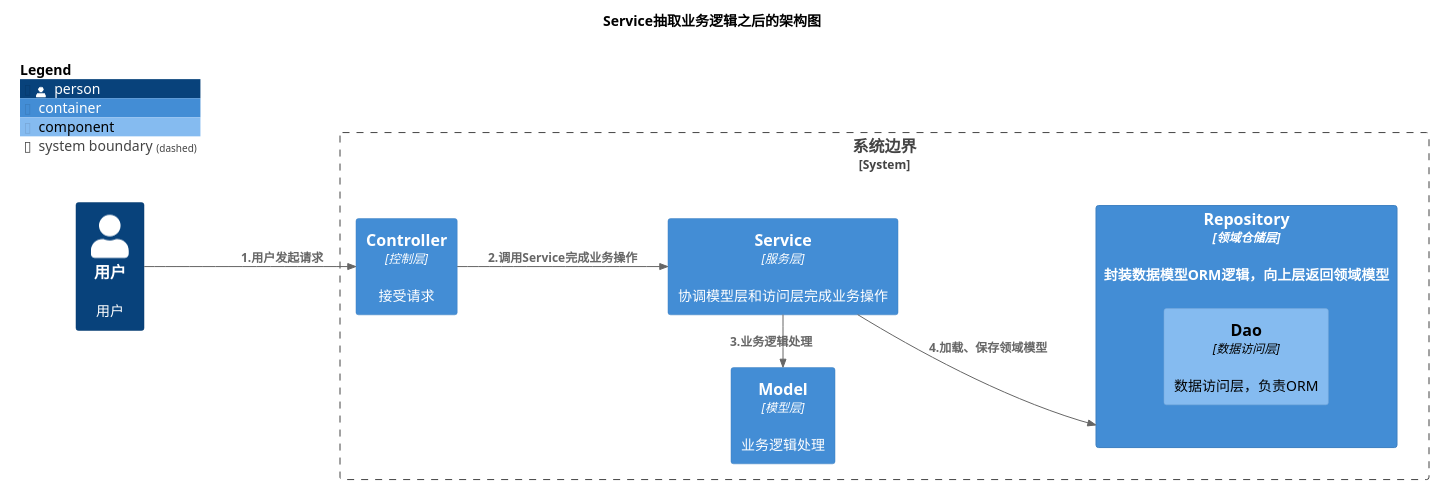
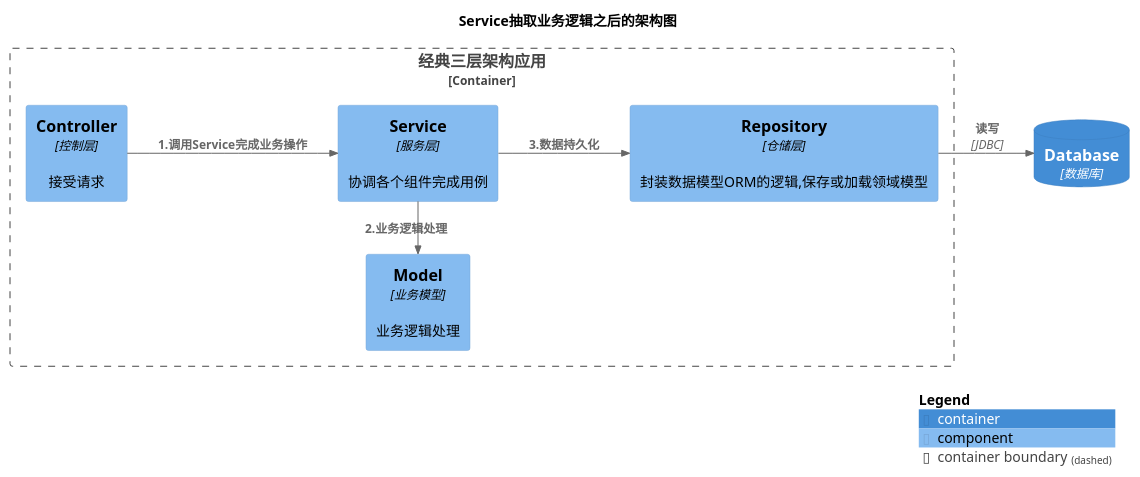
The diagram in plantuml/ct.003.puml (feiniaojin/Thinking-in-DDD), drawn with PlantUML before and after one commit. The commit also changed 17 other files, not shown here.

```diff
--- a/plantuml/ct.003.puml
+++ b/plantuml/ct.003.puml
@@ -1,31 +1,28 @@
 @startuml
 
 !include https://gitee.com/igingo/C4-PlantUML/raw/master/C4_Context.puml
 !include https://gitee.com/igingo/C4-PlantUML/raw/master/C4_Container.puml
 !include https://gitee.com/igingo/C4-PlantUML/raw/master/C4_Component.puml
 
 title "Service抽取业务逻辑之后的架构图"
 
-Person(P_User, "用户","用户")
-
-System_Boundary(SB_APP, "系统边界"){
-    Container(C_Controller, "Controller", "控制层","接受请求")
-    Container(C_Service, "Service","服务层", "协调模型层和访问层完成业务操作")
-    Container(C_Model, "Model","模型层", "业务逻辑处理")
-    Container(C_Repository, "Repository","领域仓储层", "封装数据模型ORM逻辑，向上层返回领域模型"){
-        Component(C_Dao, "Dao","数据访问层", "数据访问层，负责ORM")
-    }
-
+Container_Boundary(CB_APP, "经典三层架构应用"){
+    Component(C_Controller, "Controller","控制层", "接受请求")
+    Component(C_Service, "Service", "服务层","协调各个组件完成用例")
+    Component(C_Repostiry, "Repository", "仓储层","封装数据模型ORM的逻辑,保存或加载领域模型")
+    Component(C_Model, "Model","业务模型", "业务逻辑处理")
 }
 
-Rel(P_User, C_Controller, "1.用户发起请求")
-Rel(C_Controller, C_Service, "2.调用Service完成业务操作")
-Rel_L(C_Service, C_Model, "3.业务逻辑处理")
-Rel(C_Service, C_Repository, "4.加载、保存领域模型")
+ContainerDb(CDB, "Database", "数据库")
 
-LAYOUT_LANDSCAPE()
+Rel(C_Controller, C_Service, "1.调用Service完成业务操作")
+Rel_L(C_Service, C_Model, "2.业务逻辑处理")
+Rel(C_Service, C_Repostiry, "3.数据持久化")
 
-SHOW_FLOATING_LEGEND()
-Lay_Distance(LEGEND(), P_User, -1)
+Rel(C_Repostiry, CDB, "读写","JDBC")
+
+left to right direction
+
+SHOW_LEGEND()
 
 @enduml
```
